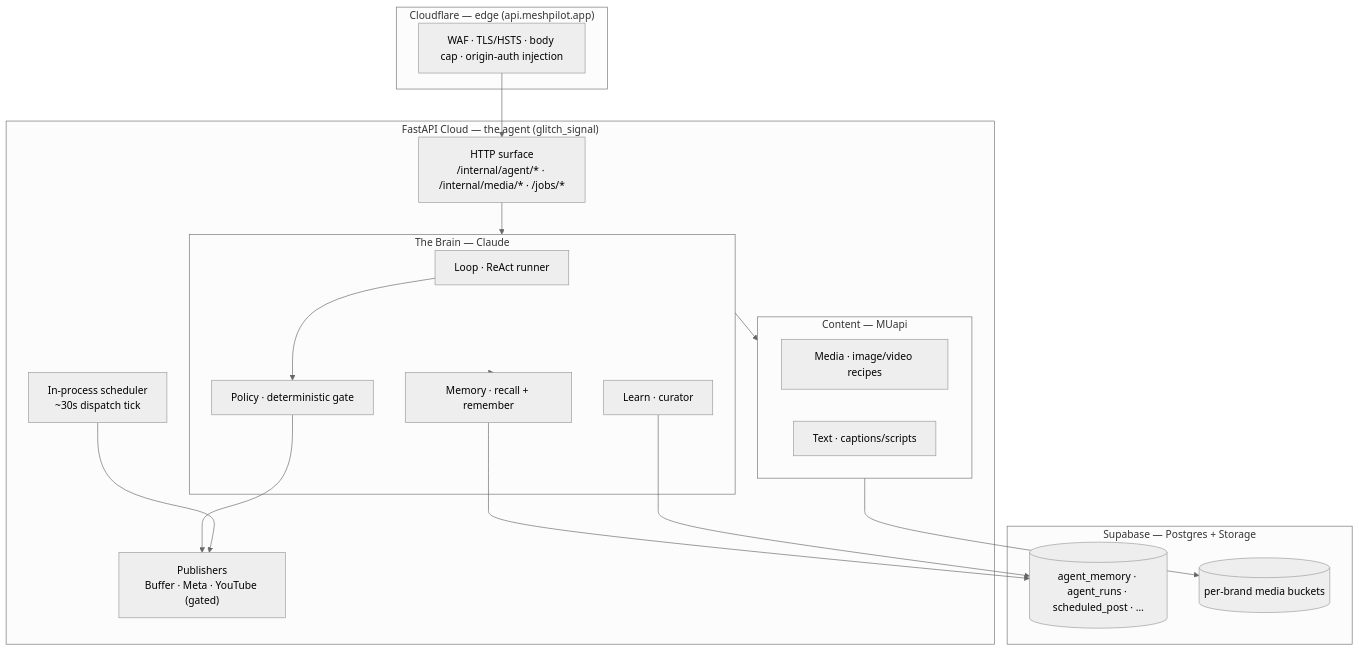
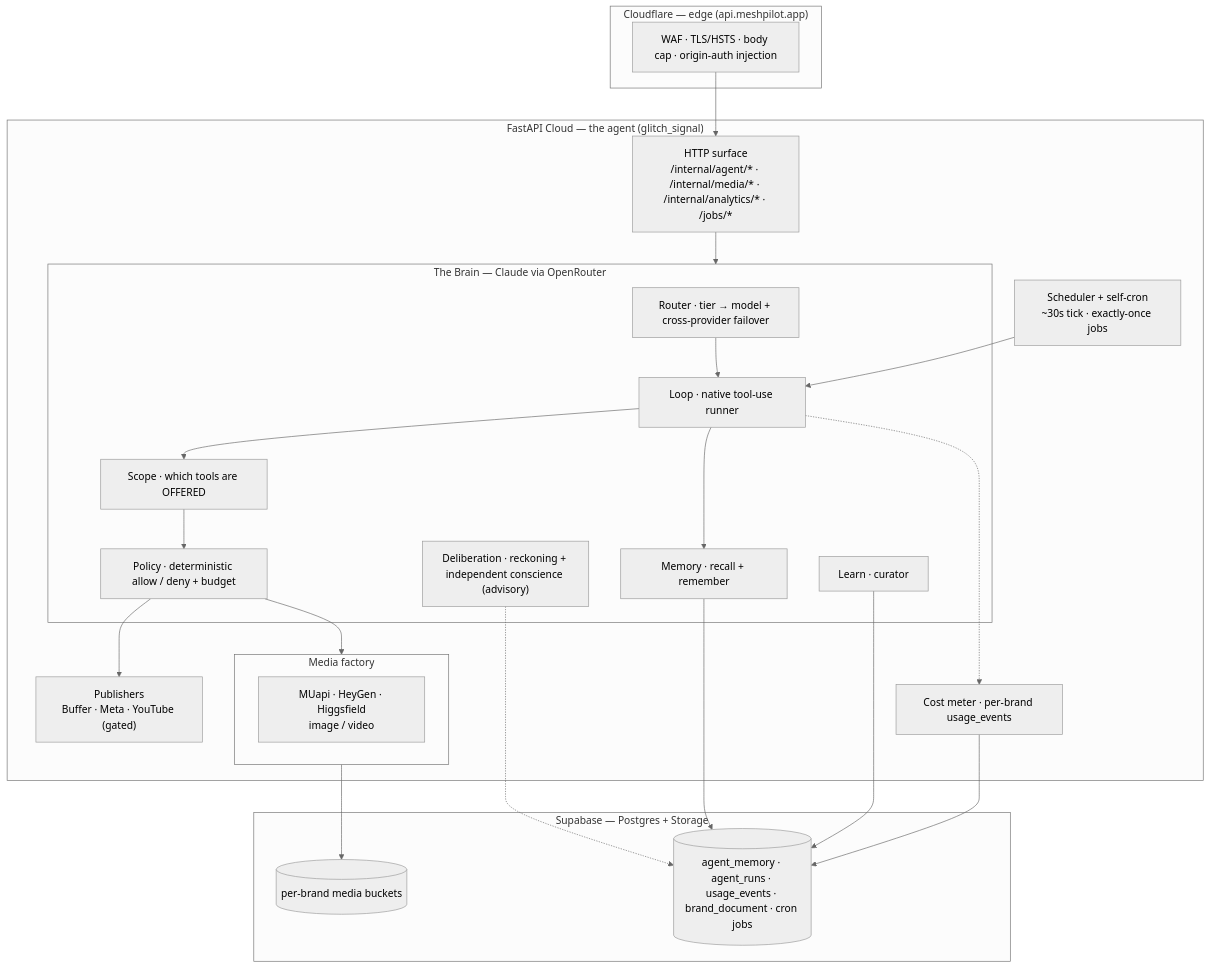
One commit to Meshpilot-AGI/meshpilot-digital-marketing-agent changed the first of 2 diagrams in README.md. Above: the diagram before and after it, drawn with Mermaid (neutral theme). The commit also changed other lines of this file and 2 other files, not shown here.

First line of the commit message:
docs(readme): refresh to the current agent (OpenRouter, native tools, deliberation, router) (#182)

````diff
--- a/README.md
+++ b/README.md
@@ -127,34 +135,38 @@
 ```mermaid
 flowchart TB
     subgraph Edge["Cloudflare — edge (api.meshpilot.app)"]
       CF["WAF · TLS/HSTS · body cap · origin-auth injection"]
     end
     subgraph App["FastAPI Cloud — the agent (glitch_signal)"]
-      API["HTTP surface<br/>/internal/agent/* · /internal/media/* · /jobs/*"]
-      SCHED["In-process scheduler<br/>~30s dispatch tick"]
-      subgraph Brain["The Brain — Claude"]
-        LOOP["Loop · ReAct runner"]
-        POLICY["Policy · deterministic gate"]
+      API["HTTP surface<br/>/internal/agent/* · /internal/media/* · /internal/analytics/* · /jobs/*"]
+      SCHED["Scheduler + self-cron<br/>~30s tick · exactly-once jobs"]
+      subgraph Brain["The Brain — Claude via OpenRouter"]
+        ROUTER["Router · tier → model + cross-provider failover"]
+        LOOP["Loop · native tool-use runner"]
+        SCOPE["Scope · which tools are OFFERED"]
+        POLICY["Policy · deterministic allow / deny + budget"]
+        DELIB["Deliberation · reckoning + independent conscience (advisory)"]
         MEM["Memory · recall + remember"]
         LEARN["Learn · curator"]
       end
-      subgraph Content["Content — MUapi"]
-        MEDIA["Media · image/video recipes"]
-        TEXT["Text · captions/scripts"]
+      subgraph Media["Media factory"]
+        GEN["MUapi · HeyGen · Higgsfield<br/>image / video"]
       end
+      METER["Cost meter · per-brand usage_events"]
       PUB["Publishers<br/>Buffer · Meta · YouTube (gated)"]
     end
     subgraph Data["Supabase — Postgres + Storage"]
-      DB[("agent_memory · agent_runs · scheduled_post · …")]
+      DB[("agent_memory · agent_runs · usage_events · brand_document · cron jobs")]
       BUCKETS[("per-brand media buckets")]
     end
-    CF --> API
-    API --> Brain
-    Brain --> Content
-    Brain --> MEM
-    MEM --> DB
-    LOOP --> POLICY --> PUB
-    Content --> BUCKETS
-    SCHED --> PUB
+    CF --> API --> Brain
+    ROUTER --> LOOP --> SCOPE --> POLICY
+    POLICY --> Media
+    POLICY --> PUB
+    LOOP --> MEM --> DB
+    LOOP -.-> METER --> DB
+    DELIB -.-> DB
+    Media --> BUCKETS
+    SCHED --> LOOP
     LEARN --> DB
 ```
````
